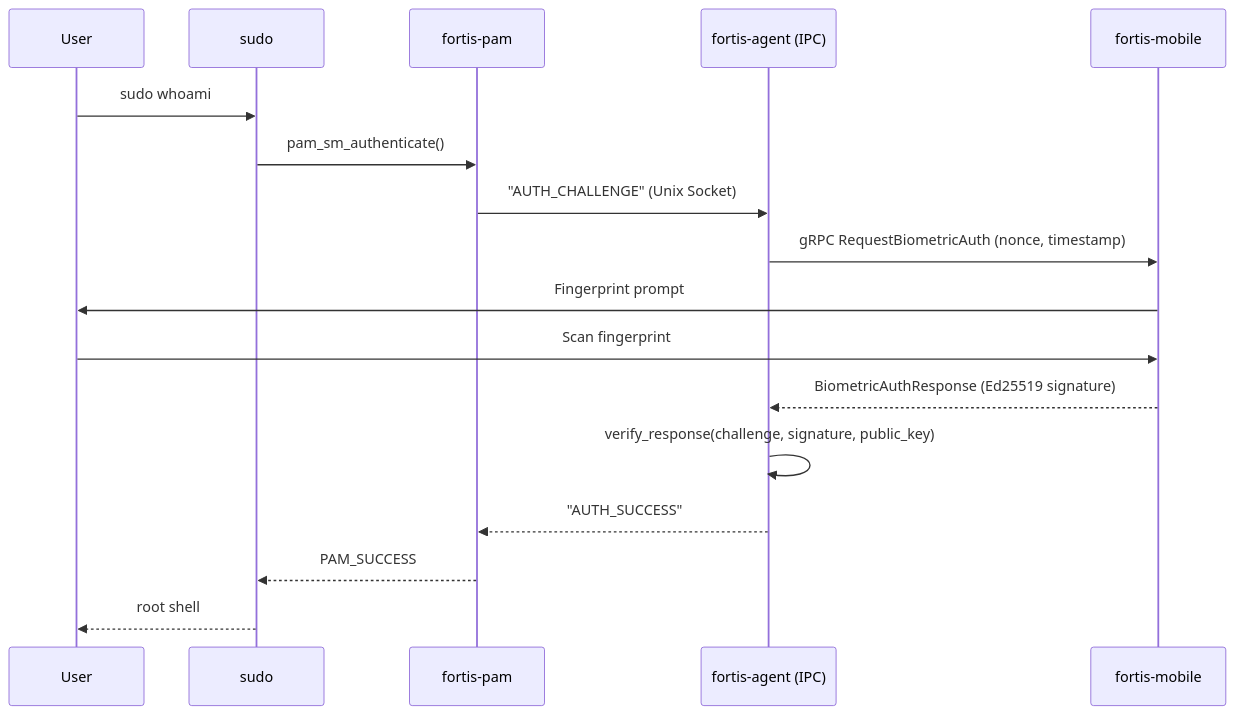
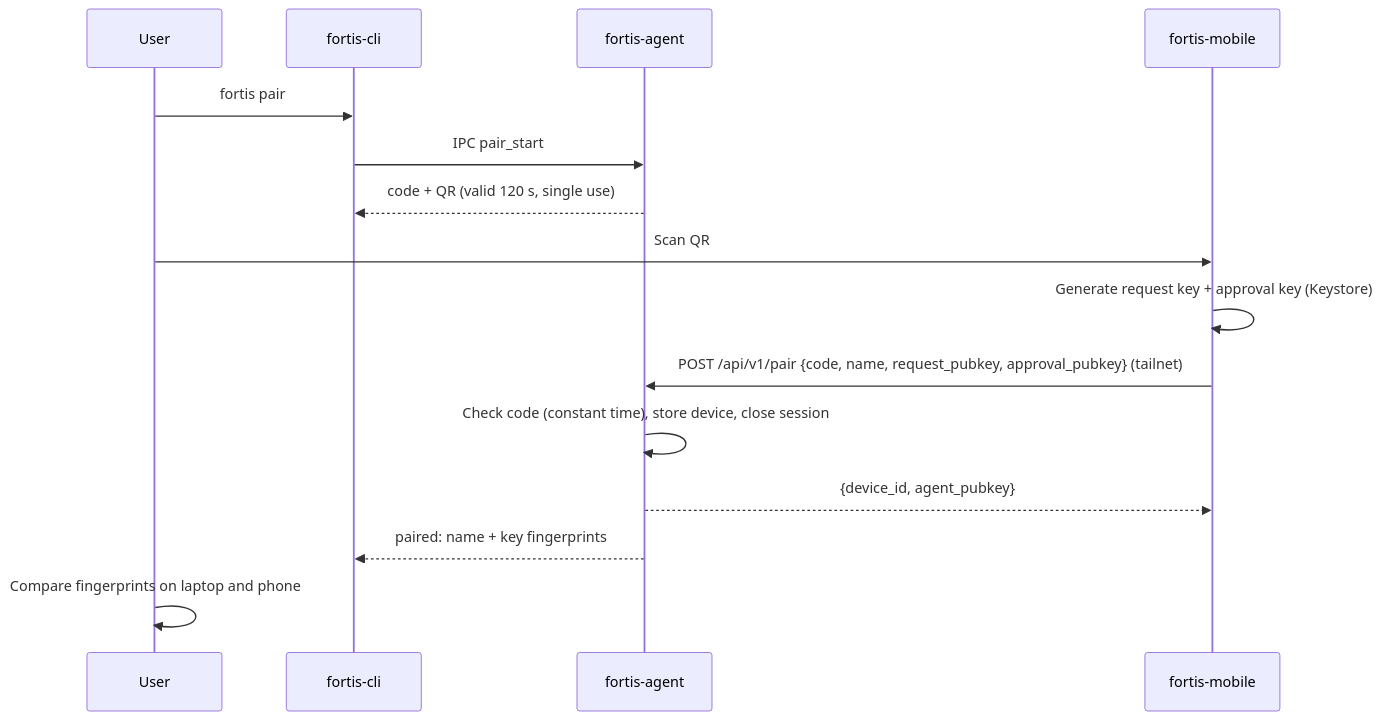
Before and after one commit to Fortis-OS/fortis-ecosystem: the third of 6 diagrams in docs/architecture/README.md, drawn with Mermaid. The commit also changed other lines of this file and 9 other files, not shown here.

````diff
--- a/docs/architecture/README.md
+++ b/docs/architecture/README.md
@@ -112,20 +280,18 @@
 ```mermaid
 sequenceDiagram
-    participant User
-    participant Sudo as sudo
-    participant PAM as fortis-pam
-    participant Agent as fortis-agent (IPC)
-    participant Mobile as fortis-mobile
+    participant U as User
+    participant C as fortis-cli
+    participant A as fortis-agent
+    participant M as fortis-mobile
 
-    User->>Sudo: sudo whoami
-    Sudo->>PAM: pam_sm_authenticate()
-    PAM->>Agent: "AUTH_CHALLENGE" (Unix Socket)
-    Agent->>Mobile: gRPC RequestBiometricAuth (nonce, timestamp)
-    Mobile->>User: Fingerprint prompt
-    User->>Mobile: Scan fingerprint
-    Mobile-->>Agent: BiometricAuthResponse (Ed25519 signature)
-    Agent->>Agent: verify_response(challenge, signature, public_key)
-    Agent-->>PAM: "AUTH_SUCCESS"
-    PAM-->>Sudo: PAM_SUCCESS
-    Sudo-->>User: root shell
+    U->>C: fortis pair
+    C->>A: IPC pair_start
+    A-->>C: code + QR (valid 120 s, single use)
+    U->>M: Scan QR
+    M->>M: Generate request key + approval key (Keystore)
+    M->>A: POST /api/v1/pair {code, name, request_pubkey, approval_pubkey} (tailnet)
+    A->>A: Check code (constant time), store device, close session
+    A-->>M: {device_id, agent_pubkey}
+    A-->>C: paired: name + key fingerprints
+    U->>U: Compare fingerprints on laptop and phone
 ```
````
